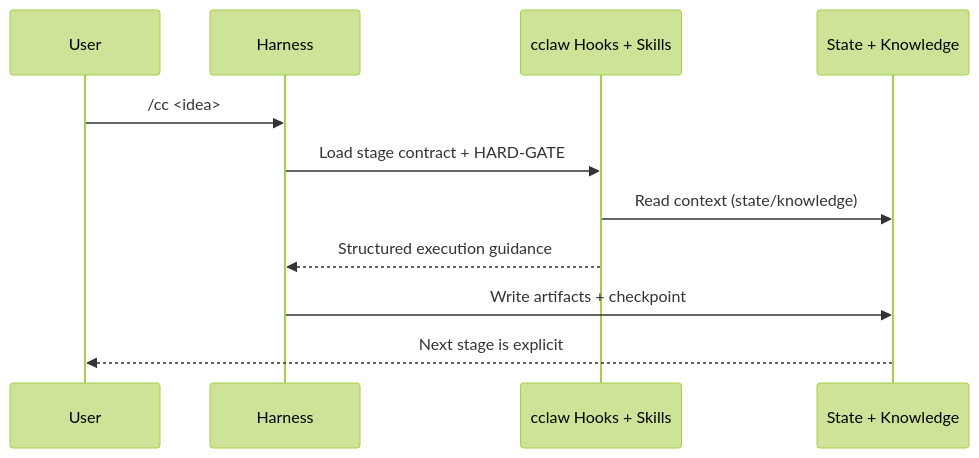
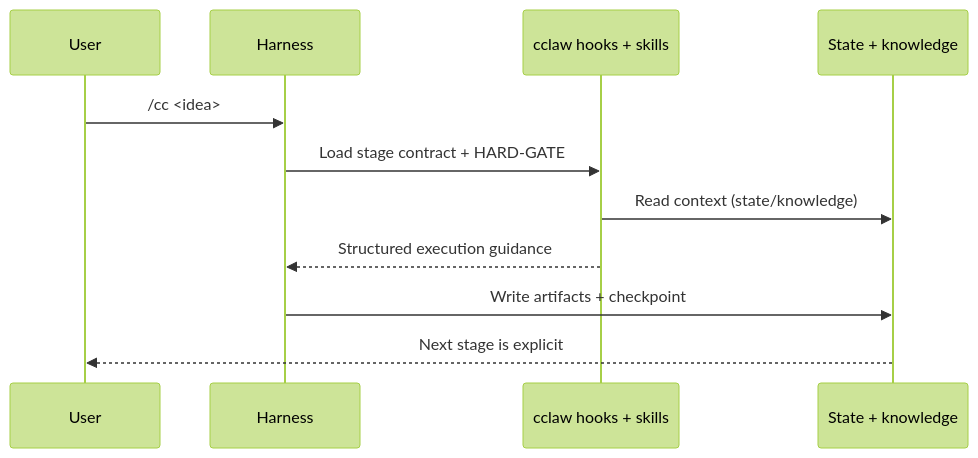
The second of 2 diagrams in README.md (zuevrs/cclaw), drawn with Mermaid (forest theme) before and after one commit. The commit also changed other lines of this file and 10 other files, not shown here.

````diff
--- a/README.md
+++ b/README.md
@@ -25,13 +49,13 @@
 ```mermaid
 sequenceDiagram
     participant U as User
     participant H as Harness
-    participant V as cclaw Hooks + Skills
-    participant S as State + Knowledge
+    participant V as cclaw hooks + skills
+    participant S as State + knowledge
     U->>H: /cc <idea>
     H->>V: Load stage contract + HARD-GATE
     V->>S: Read context (state/knowledge)
     V-->>H: Structured execution guidance
     H->>S: Write artifacts + checkpoint
     S-->>U: Next stage is explicit
 ```
````
